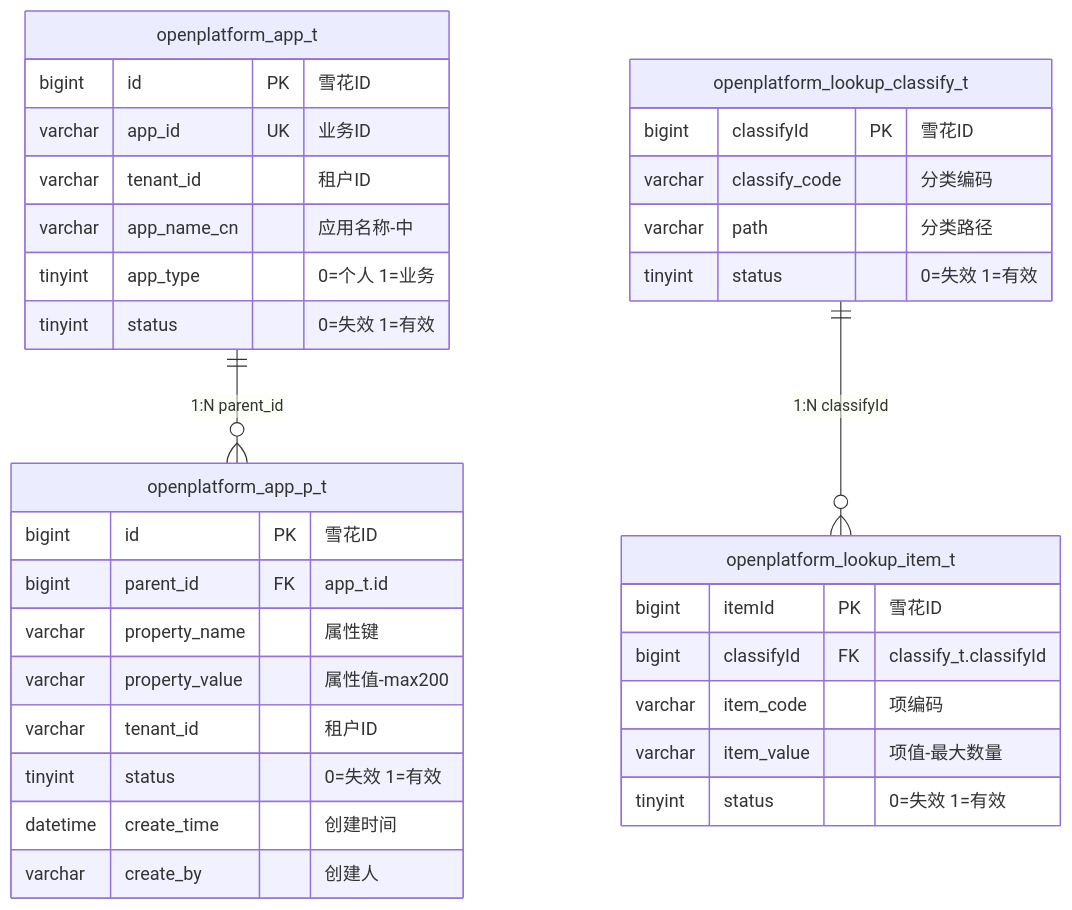
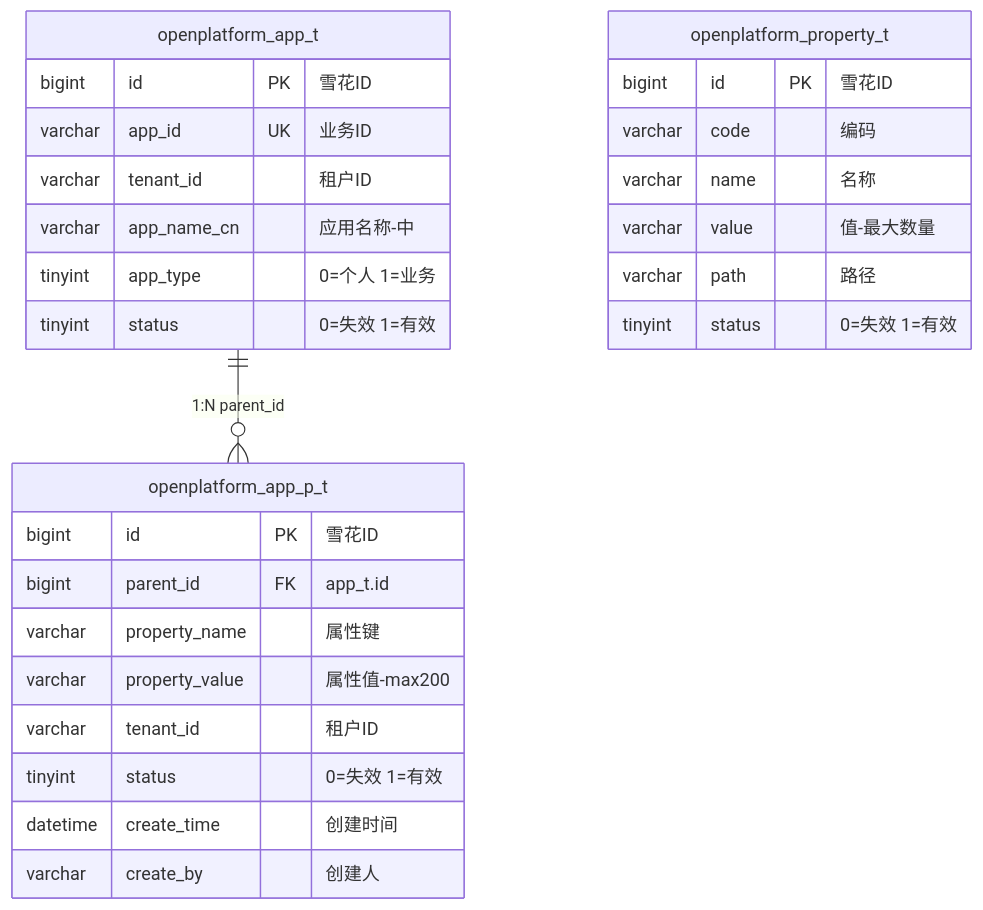
Before and after one commit to THZSummer/open-app: the third of 8 diagrams in docs/market-server/app-single-chatbot-bindtab-spec.md, drawn with Mermaid. The commit also changed other lines of this file and 2 other files, not shown here.

````diff
--- a/docs/market-server/app-single-chatbot-bindtab-spec.md
+++ b/docs/market-server/app-single-chatbot-bindtab-spec.md
@@ -481,40 +645,33 @@
 ```mermaid
 erDiagram
     openplatform_app_t {
         bigint id PK "雪花ID"
         varchar app_id UK "业务ID"
         varchar tenant_id "租户ID"
         varchar app_name_cn "应用名称-中"
         tinyint app_type "0=个人 1=业务"
         tinyint status "0=失效 1=有效"
     }
 
     openplatform_app_p_t {
         bigint id PK "雪花ID"
         bigint parent_id FK "app_t.id"
         varchar property_name "属性键"
         varchar property_value "属性值-max200"
         varchar tenant_id "租户ID"
         tinyint status "0=失效 1=有效"
         datetime create_time "创建时间"
         varchar create_by "创建人"
     }
 
-    openplatform_lookup_classify_t {
-        bigint classifyId PK "雪花ID"
-        varchar classify_code "分类编码"
-        varchar path "分类路径"
-        tinyint status "0=失效 1=有效"
-    }
-
-    openplatform_lookup_item_t {
-        bigint itemId PK "雪花ID"
-        bigint classifyId FK "classify_t.classifyId"
-        varchar item_code "项编码"
-        varchar item_value "项值-最大数量"
+    openplatform_property_t {
+        bigint id PK "雪花ID"
+        varchar code "编码"
+        varchar name "名称"
+        varchar value "值-最大数量"
+        varchar path "路径"
         tinyint status "0=失效 1=有效"
     }
 
     openplatform_app_t ||--o{ openplatform_app_p_t : "1:N parent_id"
-    openplatform_lookup_classify_t ||--o{ openplatform_lookup_item_t : "1:N classifyId"
 ```
````
